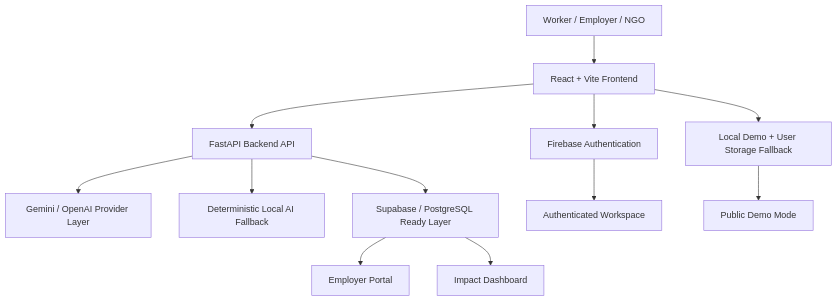
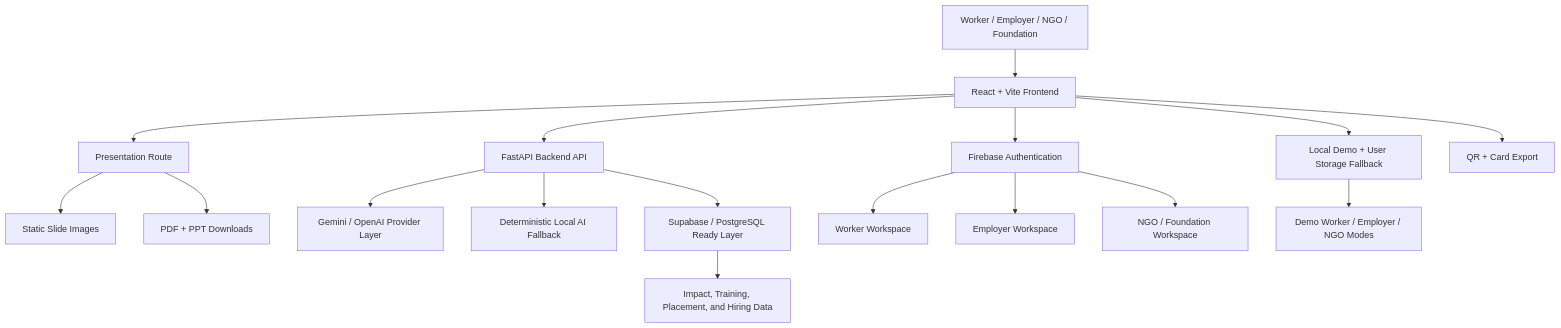
Before and after one commit to Sam-wan30/RozgaarAI: the second of 4 diagrams in README.md, drawn with Mermaid. The commit also changed other lines of this file, not shown here.

````diff
--- a/README.md
+++ b/README.md
@@ -142,14 +262,19 @@
 ```mermaid
 flowchart TB
-  U["Worker / Employer / NGO"] --> FE["React + Vite Frontend"]
+  U["Worker / Employer / NGO / Foundation"] --> FE["React + Vite Frontend"]
+  FE --> PRES["Presentation Route"]
+  PRES --> SLIDES["Static Slide Images"]
+  PRES --> DOWNLOADS["PDF + PPT Downloads"]
   FE --> AUTH["Firebase Authentication"]
   FE --> API["FastAPI Backend API"]
   FE --> LOCAL["Local Demo + User Storage Fallback"]
+  FE --> QR["QR + Card Export"]
   API --> AI["Gemini / OpenAI Provider Layer"]
   API --> MOCK["Deterministic Local AI Fallback"]
   API --> DB["Supabase / PostgreSQL Ready Layer"]
-  AUTH --> DASH["Authenticated Workspace"]
-  LOCAL --> DEMO["Public Demo Mode"]
-  DB --> EMP["Employer Portal"]
-  DB --> IMP["Impact Dashboard"]
+  AUTH --> WORKER["Worker Workspace"]
+  AUTH --> EMP["Employer Workspace"]
+  AUTH --> NGO["NGO / Foundation Workspace"]
+  LOCAL --> DEMO["Demo Worker / Employer / NGO Modes"]
+  DB --> IMP["Impact, Training, Placement, and Hiring Data"]
 ```
````
